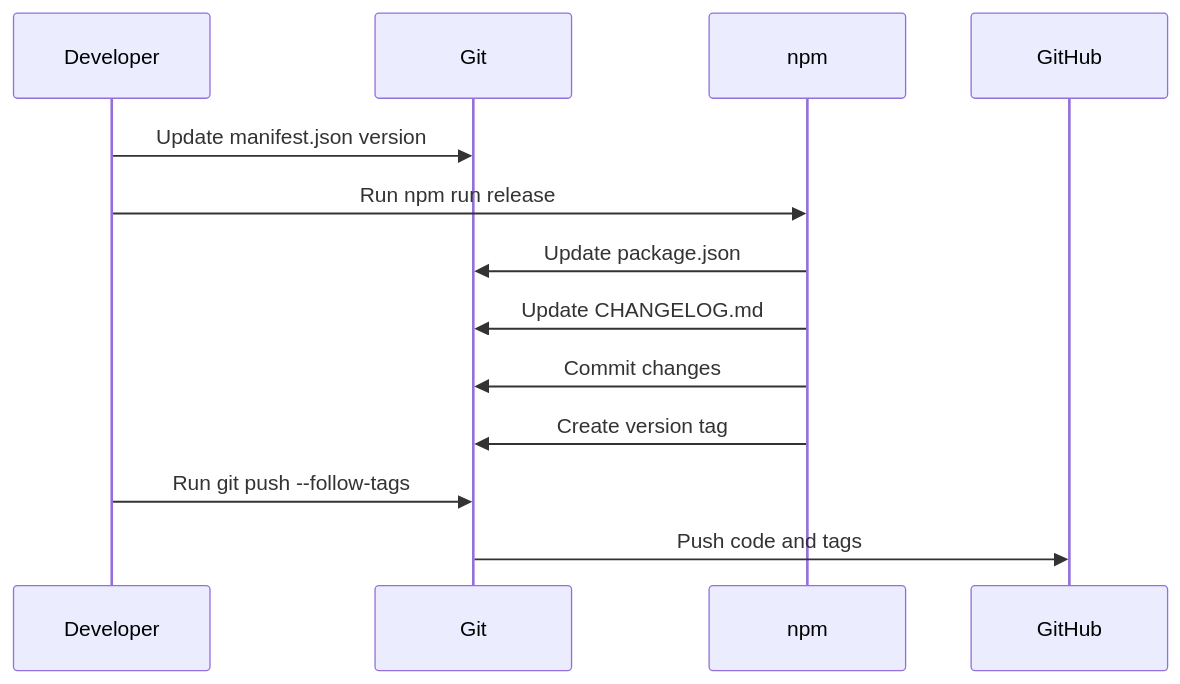
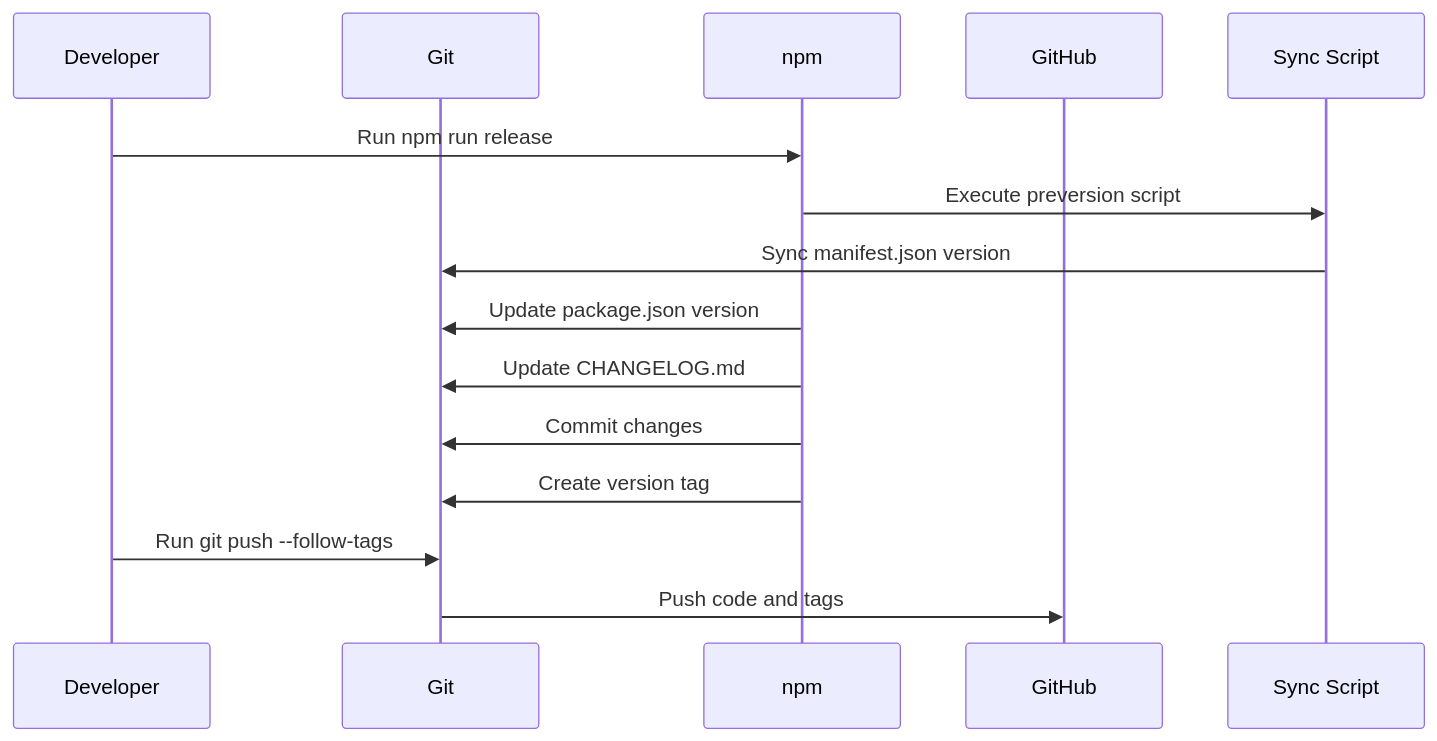
The sixth of 6 diagrams in README.md (HsiehShuJeng/scott-edge-extensions), drawn with Mermaid before and after one commit. The commit also changed other lines of this file and 3 other files, not shown here.

First line of the commit message:
chore(release): unify version sync and update manifest

````diff
--- a/README.md
+++ b/README.md
@@ -151,16 +165,18 @@
 ```mermaid
 sequenceDiagram
     participant Dev as Developer
     participant Git as Git
     participant NPM as npm
     participant GH as GitHub
+    participant Script as Sync Script
 
-    Dev->>Git: Update manifest.json version
     Dev->>NPM: Run npm run release
-    NPM->>Git: Update package.json
+    NPM->>Script: Execute preversion script
+    Script->>Git: Sync manifest.json version
+    NPM->>Git: Update package.json version
     NPM->>Git: Update CHANGELOG.md
     NPM->>Git: Commit changes
     NPM->>Git: Create version tag
     Dev->>Git: Run git push --follow-tags
     Git->>GH: Push code and tags
 ```
````
